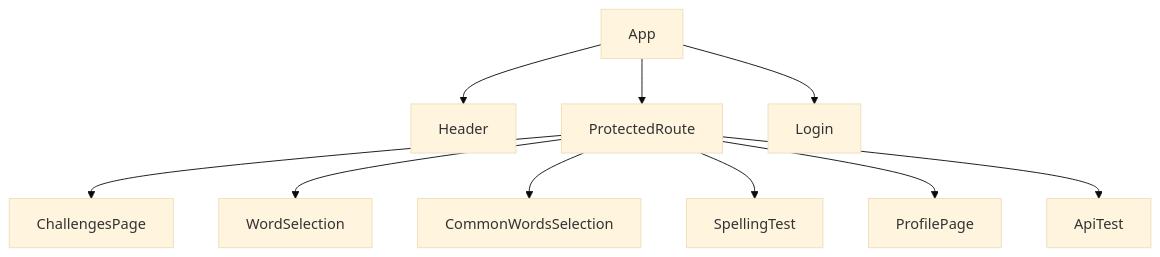
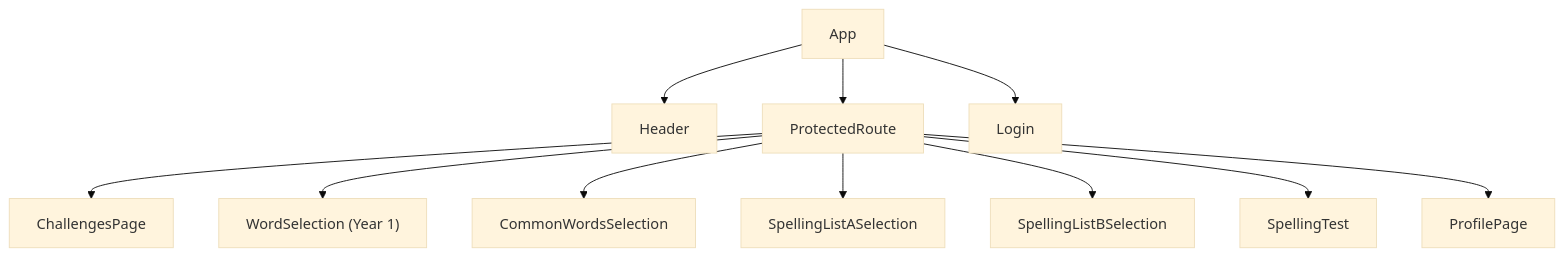
Before and after one commit to getOffIt/spellingWebsite: the second of 5 diagrams in .sop/summary/architecture.md, drawn with Mermaid (base theme). The commit also changed other lines of this file and 21 other files, not shown here.

First line of the commit message:
Enhance voice integration and word selection architecture

````diff
--- a/.sop/summary/architecture.md
+++ b/.sop/summary/architecture.md
@@ -35,12 +35,13 @@
 ```mermaid
 graph TD
     App --> Header
     App --> ProtectedRoute
     ProtectedRoute --> ChallengesPage
-    ProtectedRoute --> WordSelection
+    ProtectedRoute --> WordSelection["WordSelection (Year 1)"]
     ProtectedRoute --> CommonWordsSelection
+    ProtectedRoute --> SpellingListASelection
+    ProtectedRoute --> SpellingListBSelection
     ProtectedRoute --> SpellingTest
     ProtectedRoute --> ProfilePage
-    ProtectedRoute --> ApiTest
     App --> Login
 ```
````
